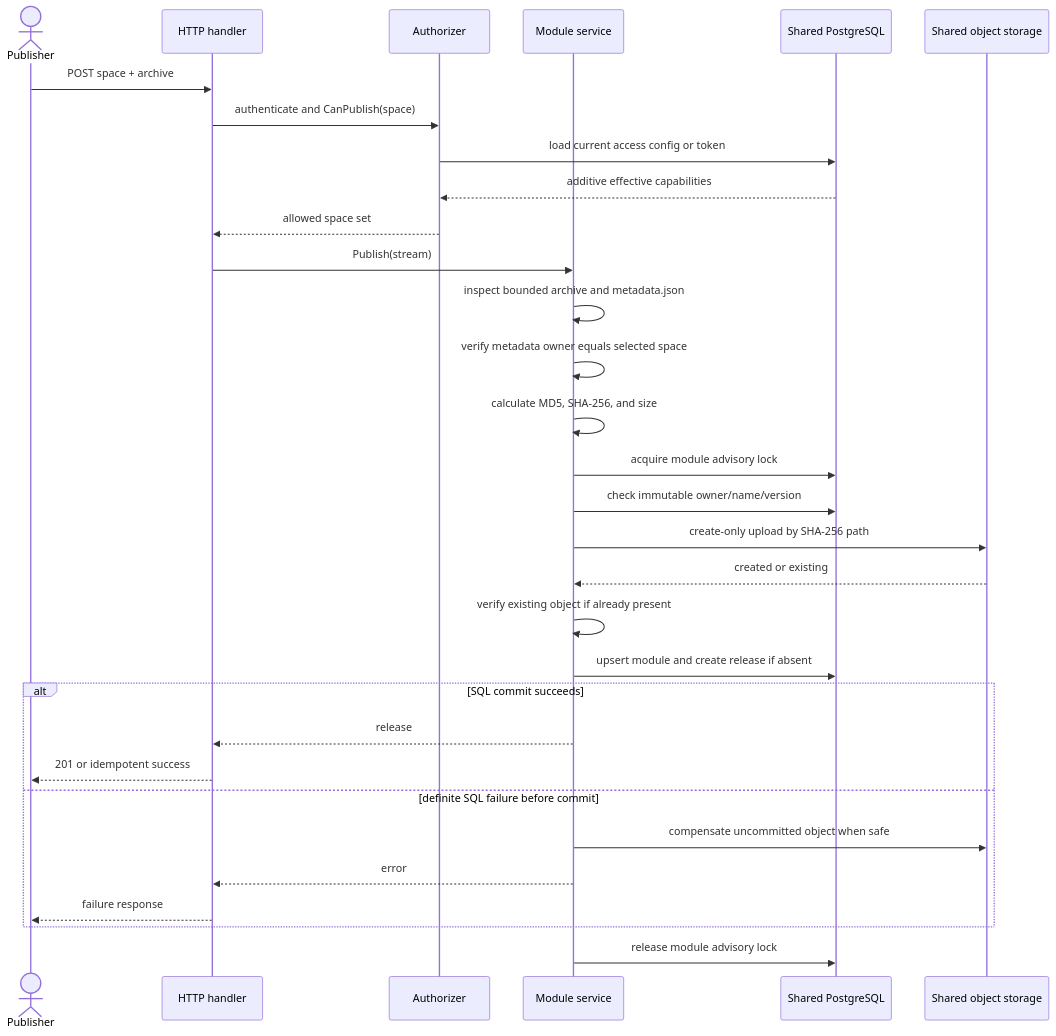
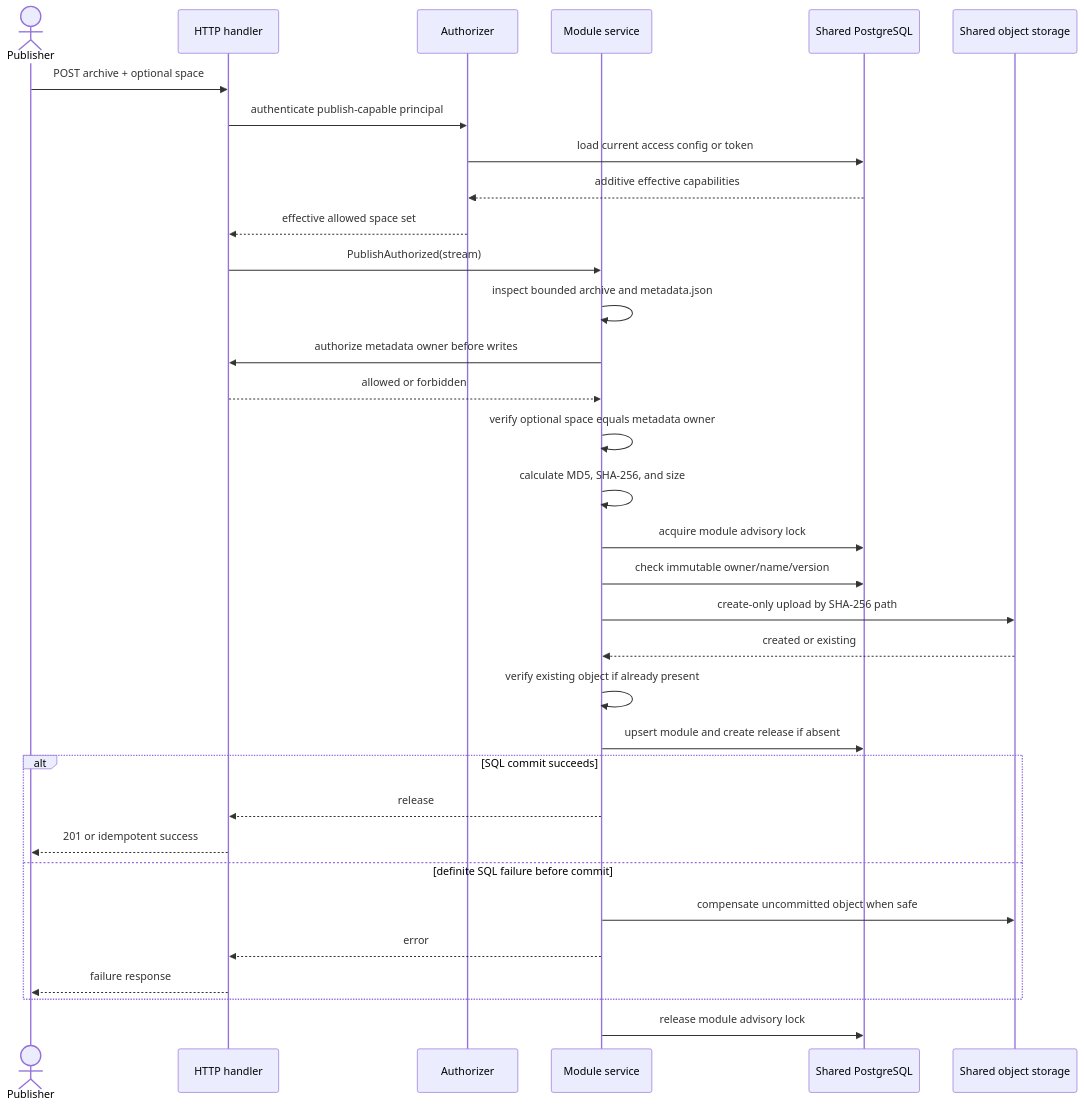
One commit to zxzharmlesszxz/puppet-forge changed the fourth of 10 diagrams in SCHEMA.md. Above: the diagram before and after it, drawn with Mermaid. The commit also changed other lines of this file and 9 other files, not shown here.

Commit message:
feat(publish): infer space from metadata

````diff
--- a/SCHEMA.md
+++ b/SCHEMA.md
@@ -258,34 +258,36 @@
 ```mermaid
 sequenceDiagram
     actor C as Publisher
     participant H as HTTP handler
     participant A as Authorizer
     participant S as Module service
     participant DB as Shared PostgreSQL
     participant O as Shared object storage
 
-    C->>H: POST space + archive
-    H->>A: authenticate and CanPublish(space)
+    C->>H: POST archive + optional space
+    H->>A: authenticate publish-capable principal
     A->>DB: load current access config or token
     DB-->>A: additive effective capabilities
-    A-->>H: allowed space set
-    H->>S: Publish(stream)
+    A-->>H: effective allowed space set
+    H->>S: PublishAuthorized(stream)
     S->>S: inspect bounded archive and metadata.json
-    S->>S: verify metadata owner equals selected space
+    S->>H: authorize metadata owner before writes
+    H-->>S: allowed or forbidden
+    S->>S: verify optional space equals metadata owner
     S->>S: calculate MD5, SHA-256, and size
     S->>DB: acquire module advisory lock
     S->>DB: check immutable owner/name/version
     S->>O: create-only upload by SHA-256 path
     O-->>S: created or existing
     S->>S: verify existing object if already present
     S->>DB: upsert module and create release if absent
     alt SQL commit succeeds
         S-->>H: release
         H-->>C: 201 or idempotent success
     else definite SQL failure before commit
         S->>O: compensate uncommitted object when safe
         S-->>H: error
         H-->>C: failure response
     end
     S->>DB: release module advisory lock
 ```
````
